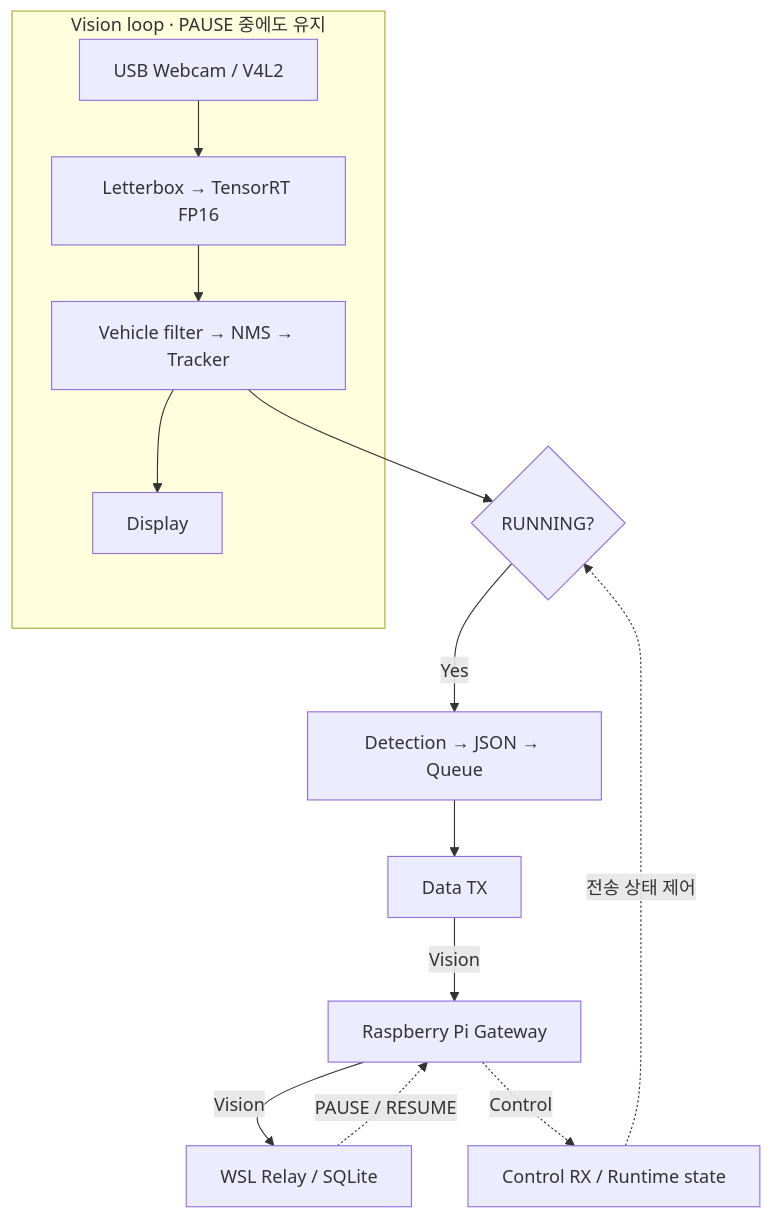
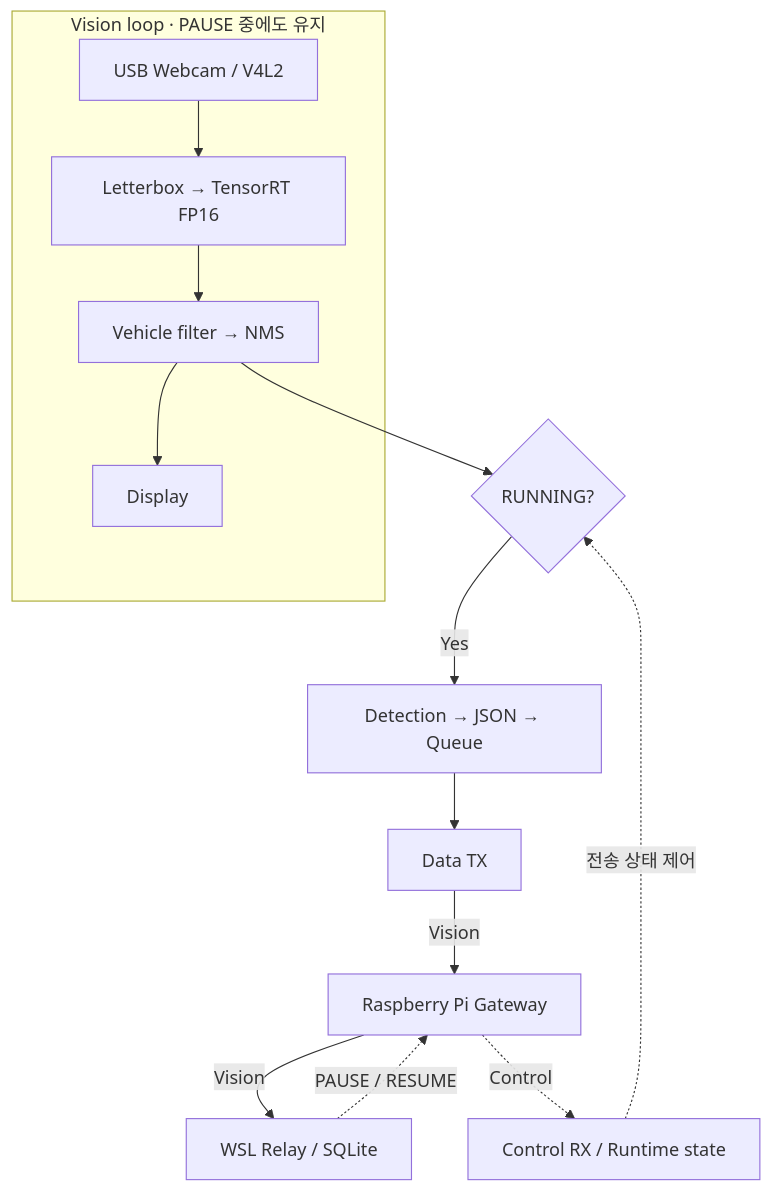
The diagram in README.md (triton0305/jetson-edge-vision), drawn with Mermaid before and after one commit. The commit also changed other lines of this file, not shown here.

````diff
--- a/README.md
+++ b/README.md
@@ -112,16 +89,16 @@
 ```mermaid
 flowchart TD
     subgraph Vision["Vision loop · PAUSE 중에도 유지"]
         A["USB Webcam / V4L2"] --> B["Letterbox → TensorRT FP16"]
-        B --> C["Vehicle filter → NMS → Tracker"]
+        B --> C["Vehicle filter → NMS"]
         C --> D["Display"]
     end
     C --> E{"RUNNING?"}
     E -->|Yes| F["Detection → JSON → Queue"]
     F --> G["Data TX"]
     G -->|Vision| P["Raspberry Pi Gateway"]
     P -->|Vision| S["WSL Relay / SQLite"]
     S -.->|PAUSE / RESUME| P
     P -.->|Control| R["Control RX / Runtime state"]
     R -.->|전송 상태 제어| E
 ```
````
